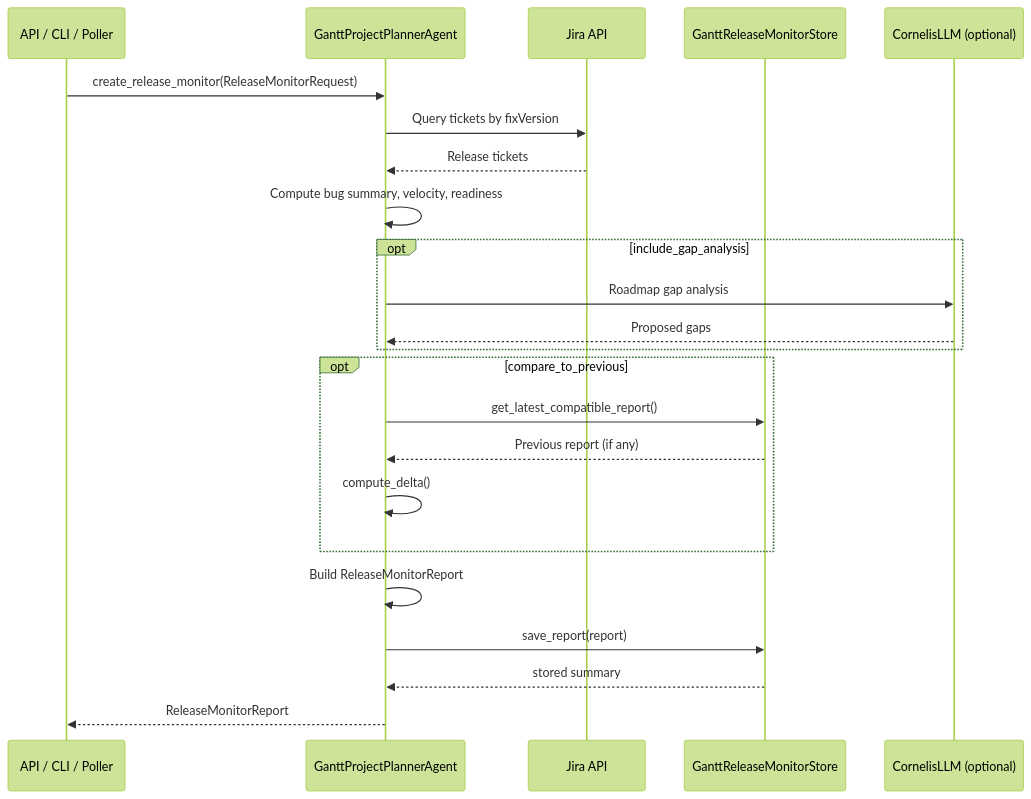
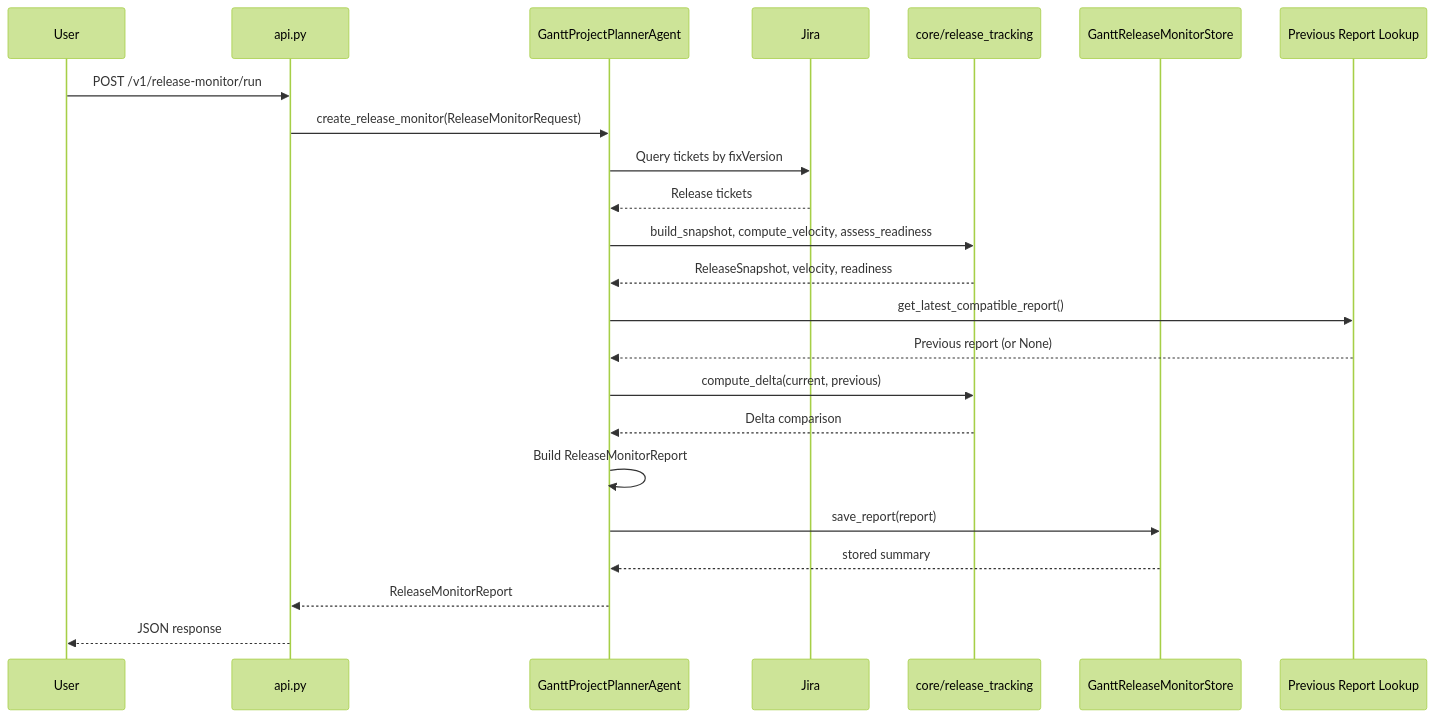
One commit to jmac-cornelis/agent-workforce changed the third of 4 diagrams in docs/agents-gantt.md. Above: the diagram before and after it, drawn with Mermaid (forest theme). The commit also changed other lines of this file and 7 other files, not shown here.

````diff
--- a/docs/agents-gantt.md
+++ b/docs/agents-gantt.md
@@ -115,26 +116,26 @@
 ```mermaid
 sequenceDiagram
-    participant Caller as API / CLI / Poller
+    participant User
+    participant API as api.py
     participant Agent as GanttProjectPlannerAgent
-    participant Jira as Jira API
-    participant RMStore as GanttReleaseMonitorStore
-    participant LLM as CornelisLLM (optional)
+    participant Jira
+    participant ReleaseTracking as core/release_tracking
+    participant Store as GanttReleaseMonitorStore
+    participant PrevStore as Previous Report Lookup
 
-    Caller->>Agent: create_release_monitor(ReleaseMonitorRequest)
+    User->>API: POST /v1/release-monitor/run
+    API->>Agent: create_release_monitor(ReleaseMonitorRequest)
     Agent->>Jira: Query tickets by fixVersion
     Jira-->>Agent: Release tickets
-    Agent->>Agent: Compute bug summary, velocity, readiness
-    opt include_gap_analysis
-        Agent->>LLM: Roadmap gap analysis
-        LLM-->>Agent: Proposed gaps
-    end
-    opt compare_to_previous
-        Agent->>RMStore: get_latest_compatible_report()
-        RMStore-->>Agent: Previous report (if any)
-        Agent->>Agent: compute_delta()
-    end
+    Agent->>ReleaseTracking: build_snapshot, compute_velocity, assess_readiness
+    ReleaseTracking-->>Agent: ReleaseSnapshot, velocity, readiness
+    Agent->>PrevStore: get_latest_compatible_report()
+    PrevStore-->>Agent: Previous report (or None)
+    Agent->>ReleaseTracking: compute_delta(current, previous)
+    ReleaseTracking-->>Agent: Delta comparison
     Agent->>Agent: Build ReleaseMonitorReport
-    Agent->>RMStore: save_report(report)
-    RMStore-->>Agent: stored summary
-    Agent-->>Caller: ReleaseMonitorReport
+    Agent->>Store: save_report(report)
+    Store-->>Agent: stored summary
+    Agent-->>API: ReleaseMonitorReport
+    API-->>User: JSON response
 ```
````
